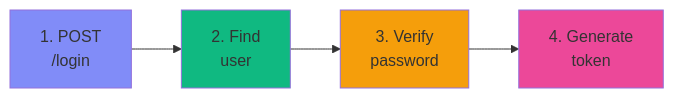
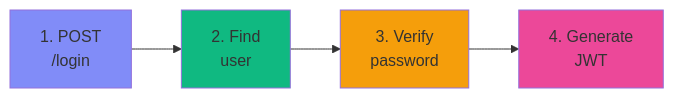
Before and after one commit to akramdaboussi/Sotware_ArchitectureProject: the second of 3 diagrams in docs/ARCHITECTURE.md, drawn with Mermaid. The commit also changed other lines of this file and 5 other files, not shown here.

````diff
--- a/docs/ARCHITECTURE.md
+++ b/docs/ARCHITECTURE.md
@@ -96,11 +96,11 @@
 ```mermaid
 graph LR
     A[1. POST<br/>/login] --> B[2. Find<br/>user]
     B --> C[3. Verify<br/>password]
-    C --> D[4. Generate<br/>token]
+    C --> D[4. Generate<br/>JWT]
     
     style A fill:#818cf8
     style B fill:#10b981
     style C fill:#f59e0b
     style D fill:#ec4899
 ```
````
